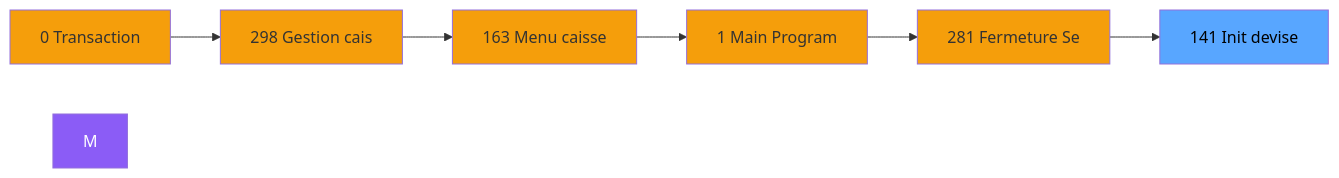
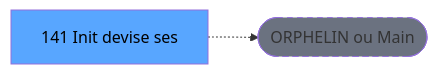
The second of 3 diagrams in .openspec/specs/ADH-IDE-141.md (thonyAGP/lecteur-magic), drawn with Mermaid before and after one commit. The commit also changed other lines of this file and 701 other files, not shown here.

````diff
--- a/.openspec/specs/ADH-IDE-141.md
+++ b/.openspec/specs/ADH-IDE-141.md
@@ -109,21 +121,8 @@
 ```mermaid
 graph LR
-    N0[0 Transaction ]
-    N298[298 Gestion cais]
-    N163[163 Menu caisse ]
-    N1[1 Main Program]
-    N281[281 Fermeture Se]
-    T[141 Init devise ]
-    N0 --> N298
-    N298 --> N163
-    N163 --> N1
-    N1 --> N281
-    N281 --> T
-    style M fill:#8b5cf6,color:#fff
-    style N0 fill:#f59e0b
-    style N298 fill:#f59e0b
-    style N163 fill:#f59e0b
-    style N1 fill:#f59e0b
-    style N281 fill:#f59e0b
+    T[141 Init devise ses]
+    ORPHAN([ORPHELIN ou Main])
+    T -.-> ORPHAN
     style T fill:#58a6ff,color:#000
+    style ORPHAN fill:#6b7280,stroke-dasharray: 5 5
 ```
````
